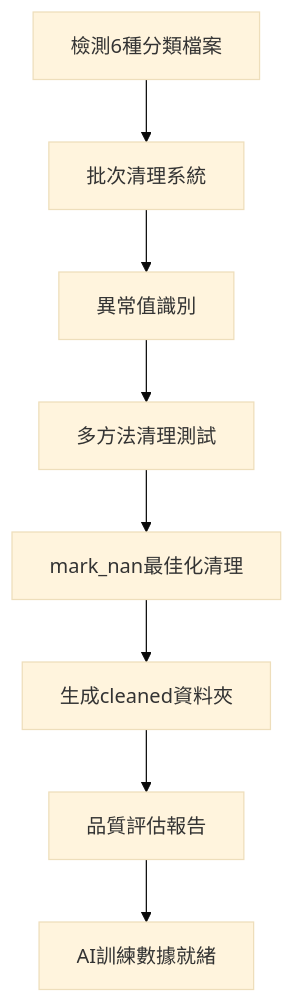
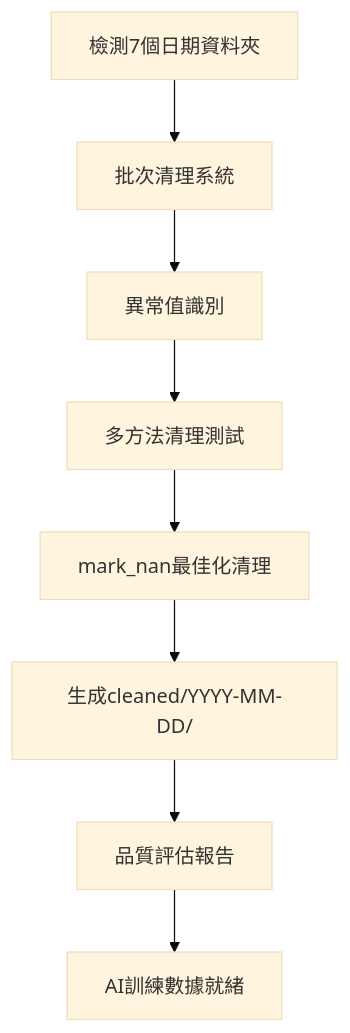
The third of 6 diagrams in README.md (qrere-Ya/traffic_project_roadmap), drawn with Mermaid (base theme) before and after one commit. The commit also changed other lines of this file, not shown here.

````diff
--- a/README.md
+++ b/README.md
@@ -101,10 +138,10 @@
 ```mermaid
 graph TD
-    N[檢測6種分類檔案] --> O[批次清理系統]
+    N[檢測7個日期資料夾] --> O[批次清理系統]
     O --> P[異常值識別]
     P --> Q[多方法清理測試]
     Q --> R[mark_nan最佳化清理]
-    R --> S[生成cleaned資料夾]
+    R --> S[生成cleaned/YYYY-MM-DD/]
     S --> T[品質評估報告]
     T --> U[AI訓練數據就緒]
 ```
````
